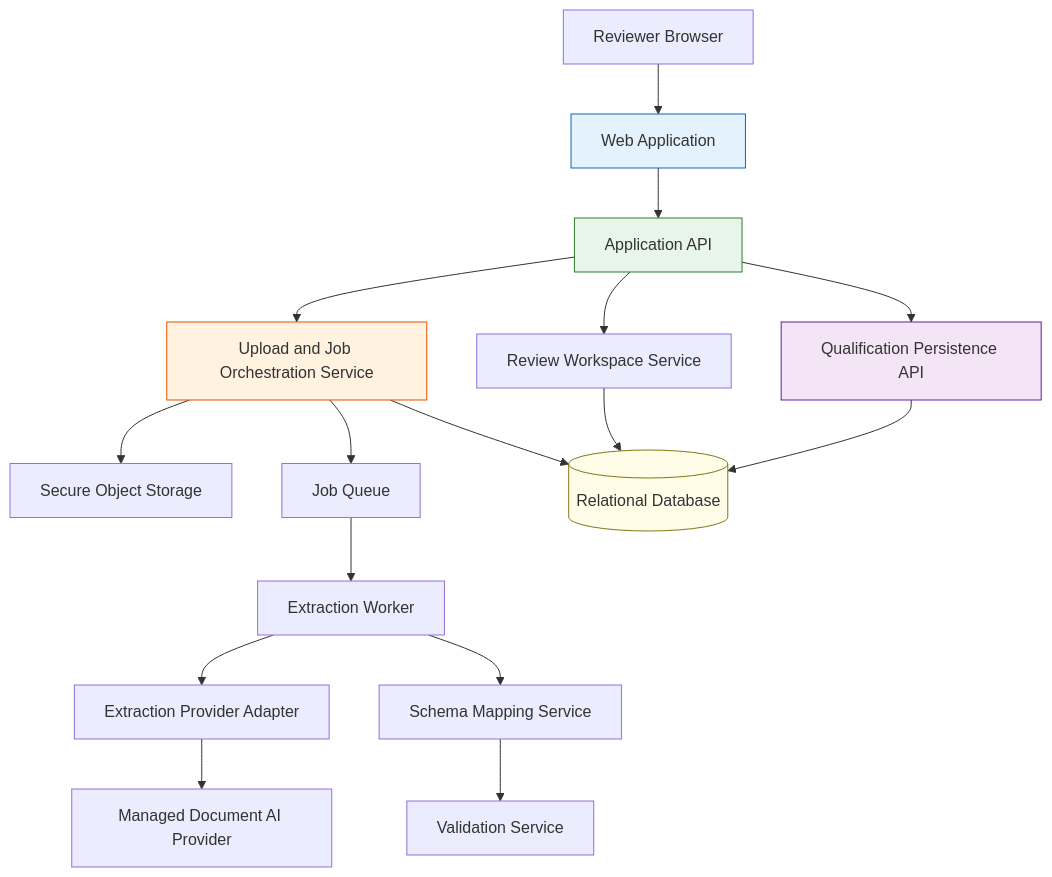
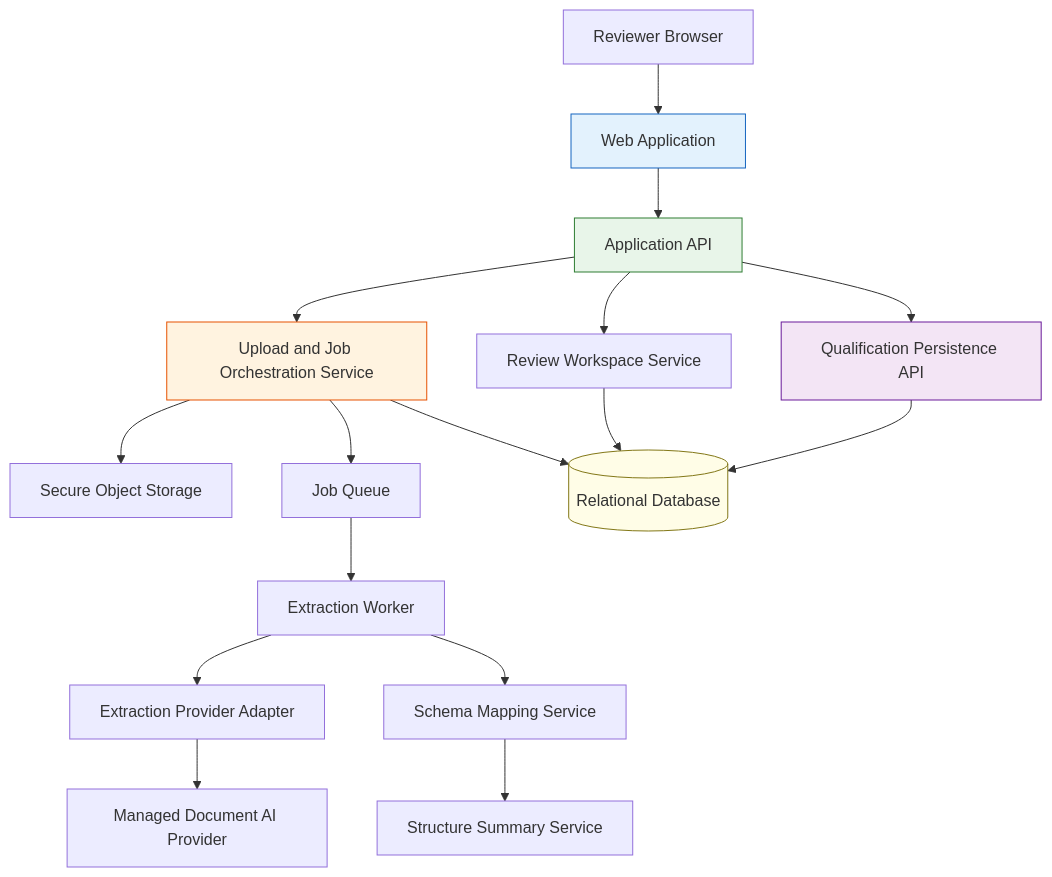
One commit to ranjivs64/QualsDemo changed the first of 6 diagrams in docs/artifacts/specs/SPEC-1.md. Above: the diagram before and after it, drawn with Mermaid. The commit also changed other lines of this file and 13 other files, not shown here.

````diff
--- a/docs/artifacts/specs/SPEC-1.md
+++ b/docs/artifacts/specs/SPEC-1.md
@@ -96,27 +97,27 @@
 ```mermaid
 flowchart TD
  U["Reviewer Browser"] --> W["Web Application"]
  W --> G["Application API"]
 
  G --> O["Upload and Job Orchestration Service"]
  G --> R["Review Workspace Service"]
  G --> P["Qualification Persistence API"]
 
  O --> S["Secure Object Storage"]
  O --> Q["Job Queue"]
  Q --> E["Extraction Worker"]
  E --> A["Extraction Provider Adapter"]
  A --> X["Managed Document AI Provider"]
  E --> M["Schema Mapping Service"]
- M --> V["Validation Service"]
+ M --> V["Structure Summary Service"]
 
  R --> D[("Relational Database")]
  P --> D
  O --> D
 
  style W fill:#E3F2FD,stroke:#1565C0
  style G fill:#E8F5E9,stroke:#2E7D32
  style O fill:#FFF3E0,stroke:#E65100
  style P fill:#F3E5F5,stroke:#6A1B9A
  style D fill:#FFFDE7,stroke:#827717
 ```
````
